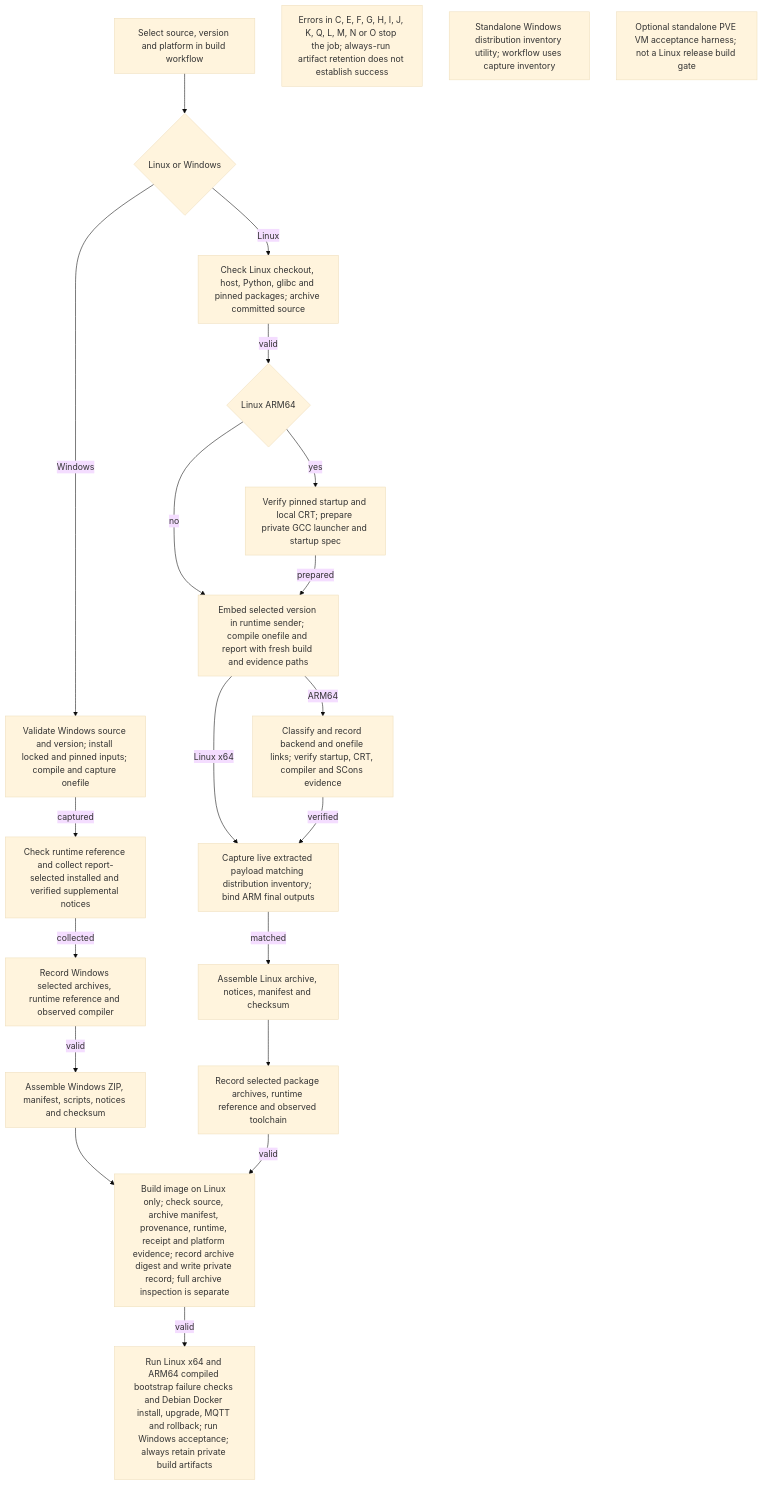
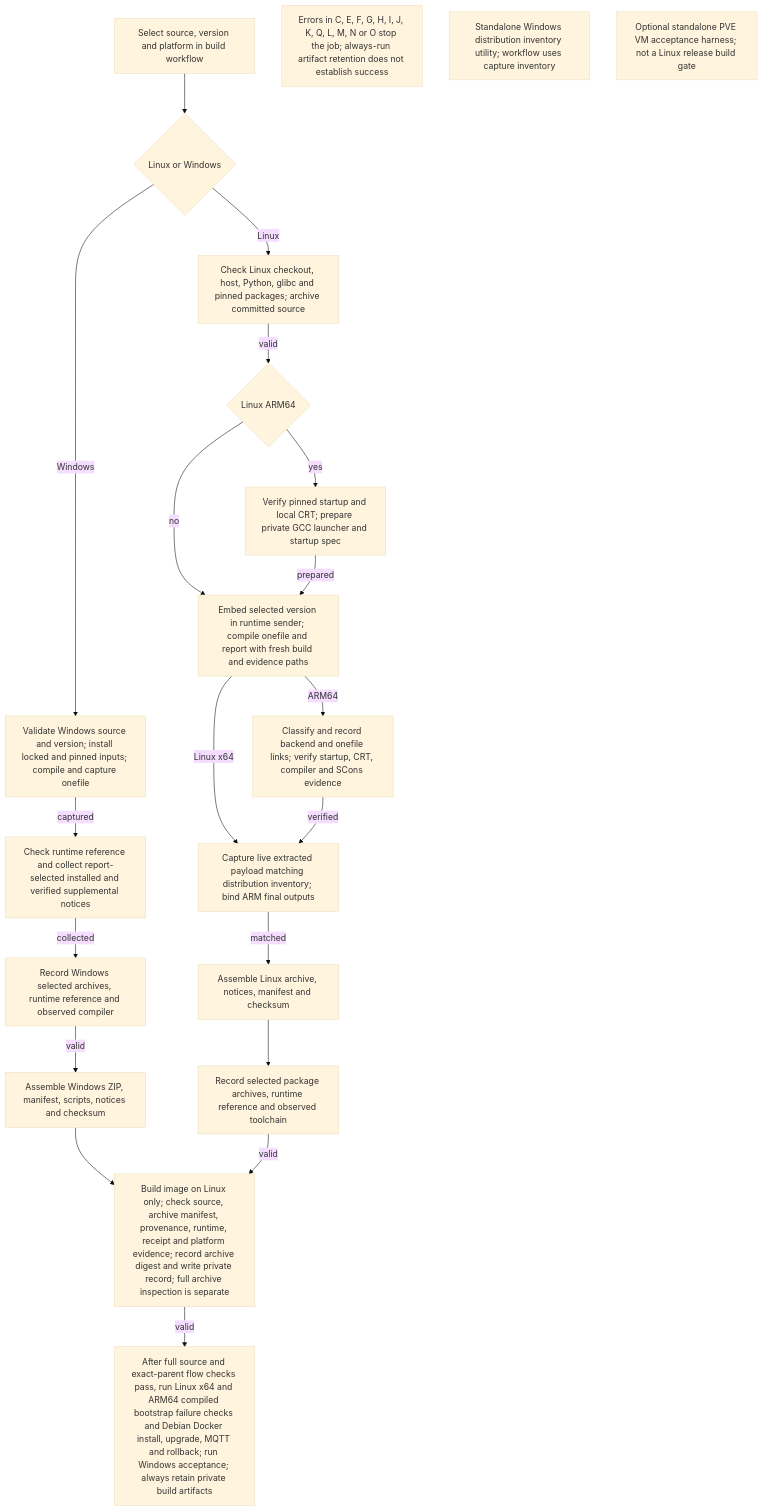
Before and after one commit to KarlSideProjects/hwmonitor-mqtt: the diagram in docs/flows/sender.build.mmd, drawn with Mermaid (base theme). The commit also changed 14 other files, not shown here.

Commit message:
fix: require selected-source flow checks before protected builds

```diff
--- a/docs/flows/sender.build.mmd
+++ b/docs/flows/sender.build.mmd
@@ -1,38 +1,38 @@
 flowchart TD
     A["Select source, version and platform in build workflow"]
     B{"Linux or Windows"}
     C["Check Linux checkout, host, Python, glibc and pinned packages; archive committed source"]
     D{"Linux ARM64"}
     E["Verify pinned startup and local CRT; prepare private GCC launcher and startup spec"]
     F["Embed selected version in runtime sender; compile onefile and report with fresh build and evidence paths"]
     G["Classify and record backend and onefile links; verify startup, CRT, compiler and SCons evidence"]
     H["Capture live extracted payload matching distribution inventory; bind ARM final outputs"]
     I["Assemble Linux archive, notices, manifest and checksum"]
     J["Validate Windows source and version; install locked and pinned inputs; compile and capture onefile"]
     K["Check runtime reference and collect report-selected installed and verified supplemental notices"]
     Q["Record Windows selected archives, runtime reference and observed compiler"]
     L["Assemble Windows ZIP, manifest, scripts, notices and checksum"]
     M["Record selected package archives, runtime reference and observed toolchain"]
     N["Build image on Linux only; check source, archive manifest, provenance, runtime, receipt and platform evidence; record archive digest and write private record; full archive inspection is separate"]
-    O["Run Linux x64 and ARM64 compiled bootstrap failure checks and Debian Docker install, upgrade, MQTT and rollback; run Windows acceptance; always retain private build artifacts"]
+    O["After full source and exact-parent flow checks pass, run Linux x64 and ARM64 compiled bootstrap failure checks and Debian Docker install, upgrade, MQTT and rollback; run Windows acceptance; always retain private build artifacts"]
     P["Errors in C, E, F, G, H, I, J, K, Q, L, M, N or O stop the job; always-run artifact retention does not establish success"]
     R["Standalone Windows distribution inventory utility; workflow uses capture inventory"]
     S["Optional standalone PVE VM acceptance harness; not a Linux release build gate"]
     A --> B
     B -->|Linux| C
     B -->|Windows| J
     C -->|valid| D
     D -->|yes| E
     D -->|no| F
     E -->|prepared| F
     F -->|ARM64| G
     F -->|Linux x64| H
     G -->|verified| H
     H -->|matched| I
     J -->|captured| K
     K -->|collected| Q
     Q -->|valid| L
     I --> M
     L --> N
     M -->|valid| N
     N -->|valid| O
```
